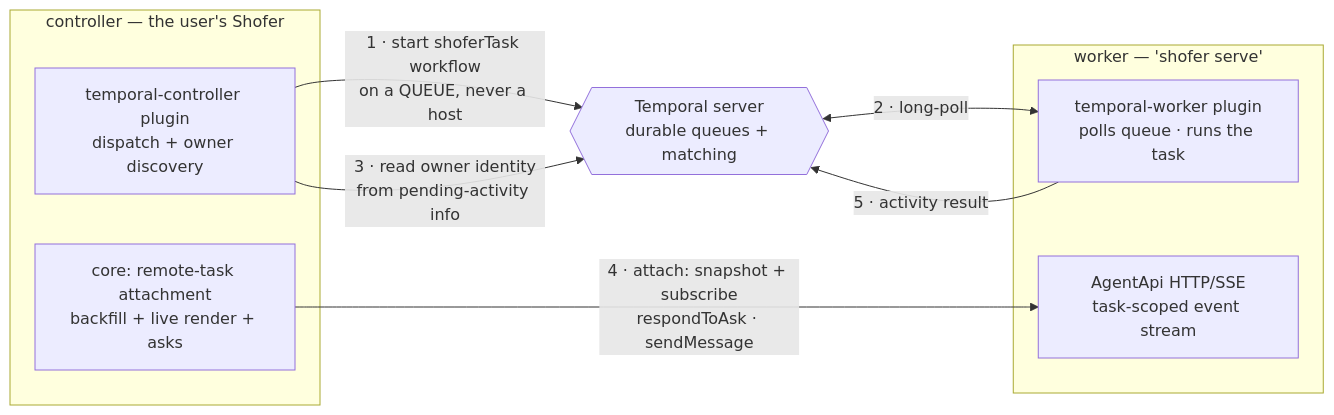
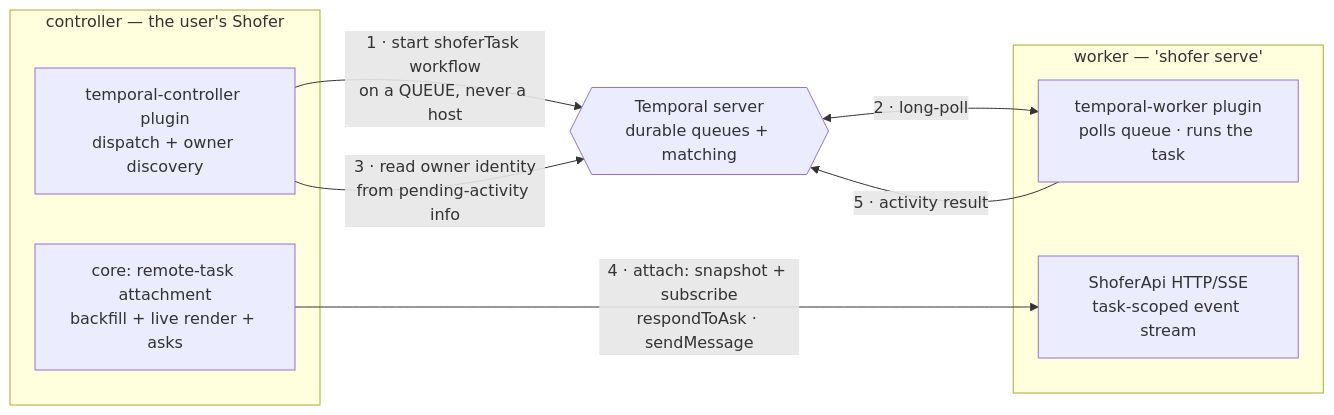
Before and after one commit to shofer-dev/shofer: the diagram in todos/remote_agents.md, drawn with Mermaid. The commit also changed other lines of this file and 64 other files, not shown here.

First line of the commit message:
refactor(api)!: rename AgentApi -> ShoferApi, ShoferAPI -> ShoferExtensionApi

````diff
--- a/todos/remote_agents.md
+++ b/todos/remote_agents.md
@@ -41,18 +41,18 @@
 ```mermaid
 flowchart LR
     subgraph CTRL["controller — the user's Shofer"]
         TC["temporal-controller plugin<br/>dispatch + owner discovery"]
         AT["core: remote-task attachment<br/>backfill + live render + asks"]
     end
     T{{"Temporal server<br/>durable queues + matching"}}
     subgraph WK["worker — 'shofer serve'"]
         TW["temporal-worker plugin<br/>polls queue · runs the task"]
-        API["AgentApi HTTP/SSE<br/>task-scoped event stream"]
+        API["ShoferApi HTTP/SSE<br/>task-scoped event stream"]
     end
 
     TC -->|"1 · start shoferTask workflow<br/>on a QUEUE, never a host"| T
     T <-->|"2 · long-poll"| TW
     TC -->|"3 · read owner identity<br/>from pending-activity info"| T
     AT -->|"4 · attach: snapshot + subscribe<br/>respondToAsk · sendMessage"| API
     TW -->|"5 · activity result"| T
 ```
````
